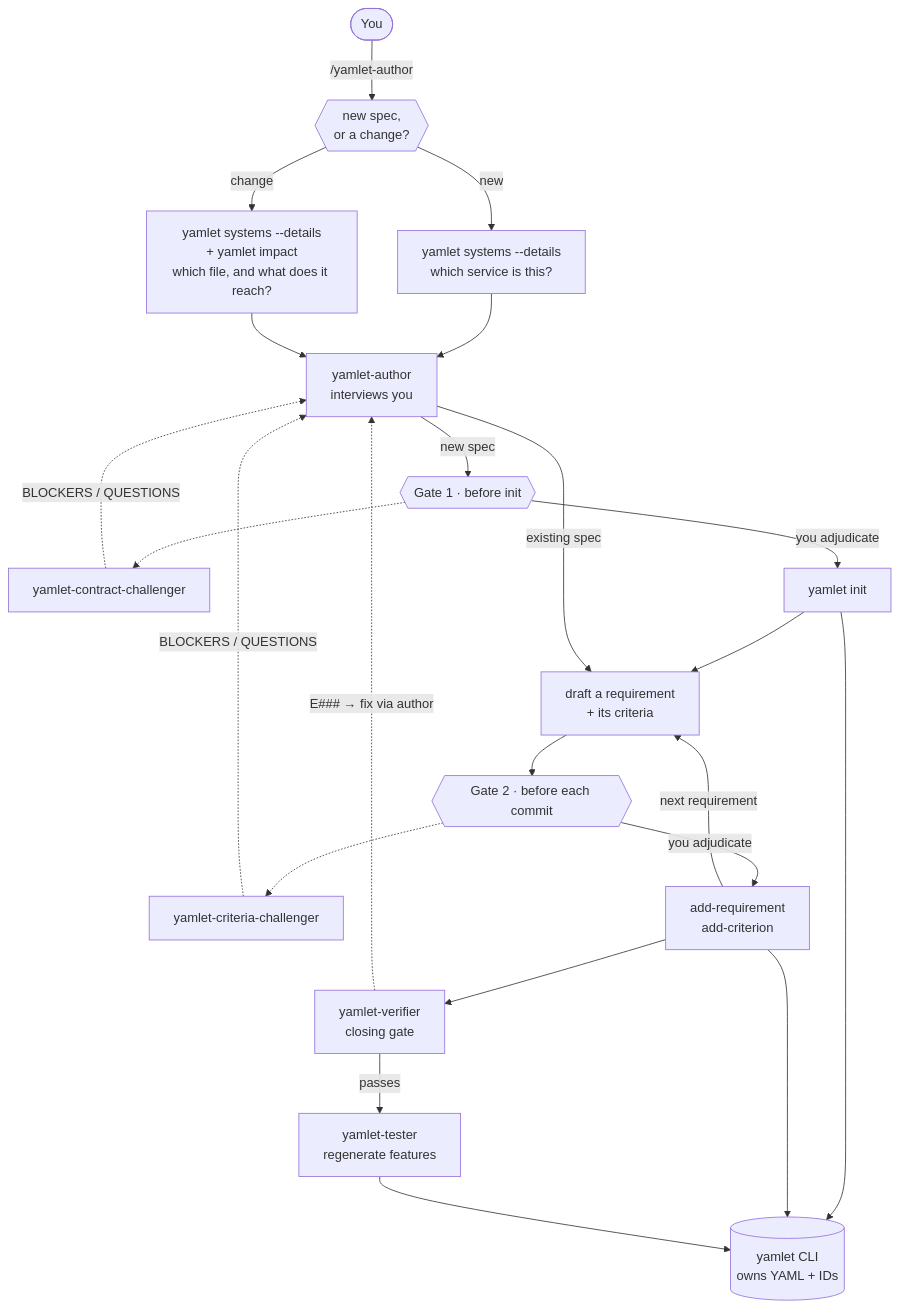
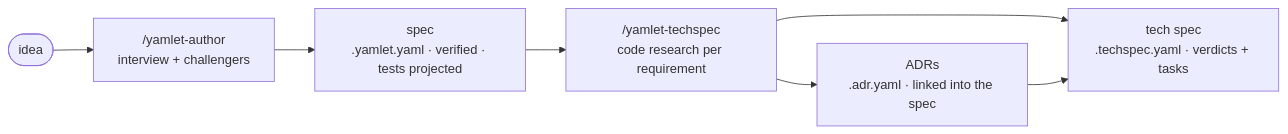
Before and after one commit to RicardoMonteiroSimoes/Yamlet: the diagram in README.md, drawn with Mermaid. The commit also changed other lines of this file, not shown here.

First line of the commit message:
Rewrite README around the idea-to-tech-spec pipeline (#18)

````diff
--- a/README.md
+++ b/README.md
@@ -247,28 +15,9 @@
 ```mermaid
-flowchart TD
-    U(["You"]) -->|"/yamlet-author"| R{{"new spec,<br/>or a change?"}}
-    R -->|"new"| S["yamlet systems --details<br/>which service is this?"]
-    R -->|"change"| I["yamlet systems --details<br/>+ yamlet impact<br/>which file, and what does it reach?"]
-    S --> A["yamlet-author<br/>interviews you"]
-    I --> A
-
-    A -->|"new spec"| G1{{"Gate 1 · before init"}}
-    G1 -.-> CC["yamlet-contract-challenger"]
-    CC -. "BLOCKERS / QUESTIONS" .-> A
-    G1 -->|"you adjudicate"| INIT["yamlet init"]
-
-    INIT --> D["draft a requirement<br/>+ its criteria"]
-    A -->|"existing spec"| D
-    D --> G2{{"Gate 2 · before each commit"}}
-    G2 -.-> RC["yamlet-criteria-challenger"]
-    RC -. "BLOCKERS / QUESTIONS" .-> A
-    G2 -->|"you adjudicate"| C["add-requirement<br/>add-criterion"]
-    C -->|"next requirement"| D
-    C --> V["yamlet-verifier<br/>closing gate"]
-    V -. "E### → fix via author" .-> A
-    V -->|"passes"| T["yamlet-tester<br/>regenerate features"]
-
-    INIT --> CLI[("yamlet CLI<br/>owns YAML + IDs")]
-    C --> CLI
-    T --> CLI
+flowchart LR
+    I(["idea"]) --> A["/yamlet-author<br/>interview + challengers"]
+    A --> S["spec<br/>.yamlet.yaml · verified · tests projected"]
+    S --> E["/yamlet-techspec<br/>code research per requirement"]
+    E --> T["tech spec<br/>.techspec.yaml · verdicts + tasks"]
+    E --> D["ADRs<br/>.adr.yaml · linked into the spec"]
+    D --> T
 ```
````
